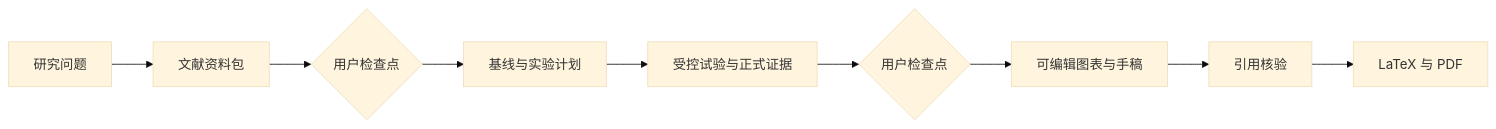
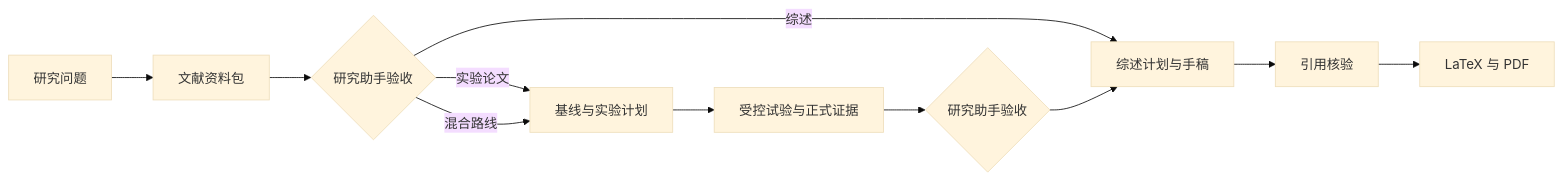
Before and after one commit to hdu-ailab/EasyResearch: the diagram in README_zh.md, drawn with Mermaid (base theme). The commit also changed other lines of this file and 41 other files, not shown here.

````diff
--- a/README_zh.md
+++ b/README_zh.md
@@ -130,11 +132,13 @@
 ```mermaid
 flowchart LR
     A[研究问题] --> B[文献资料包]
-    B --> C{用户检查点}
-    C --> D[基线与实验计划]
+    B --> C{研究助手验收}
+    C -->|综述| G[综述计划与手稿]
+    C -->|实验论文| D[基线与实验计划]
+    C -->|混合路线| D
     D --> E[受控试验与正式证据]
-    E --> F{用户检查点}
-    F --> G[可编辑图表与手稿]
+    E --> F{研究助手验收}
+    F --> G
     G --> H[引用核验]
     H --> I[LaTeX 与 PDF]
 ```
````
